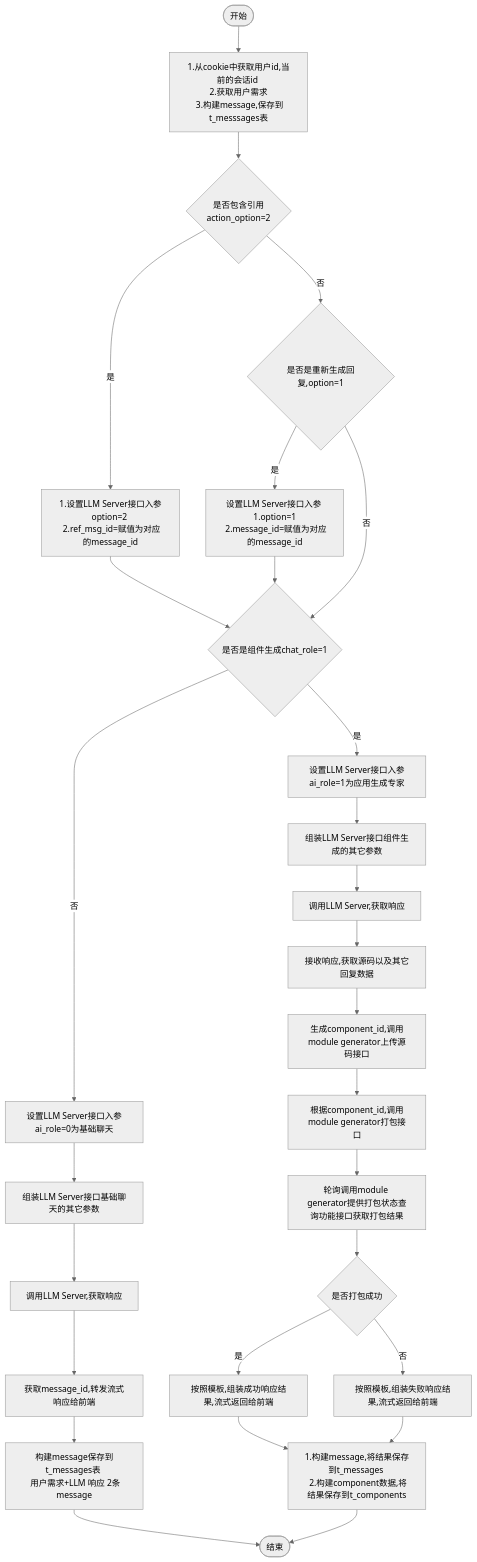
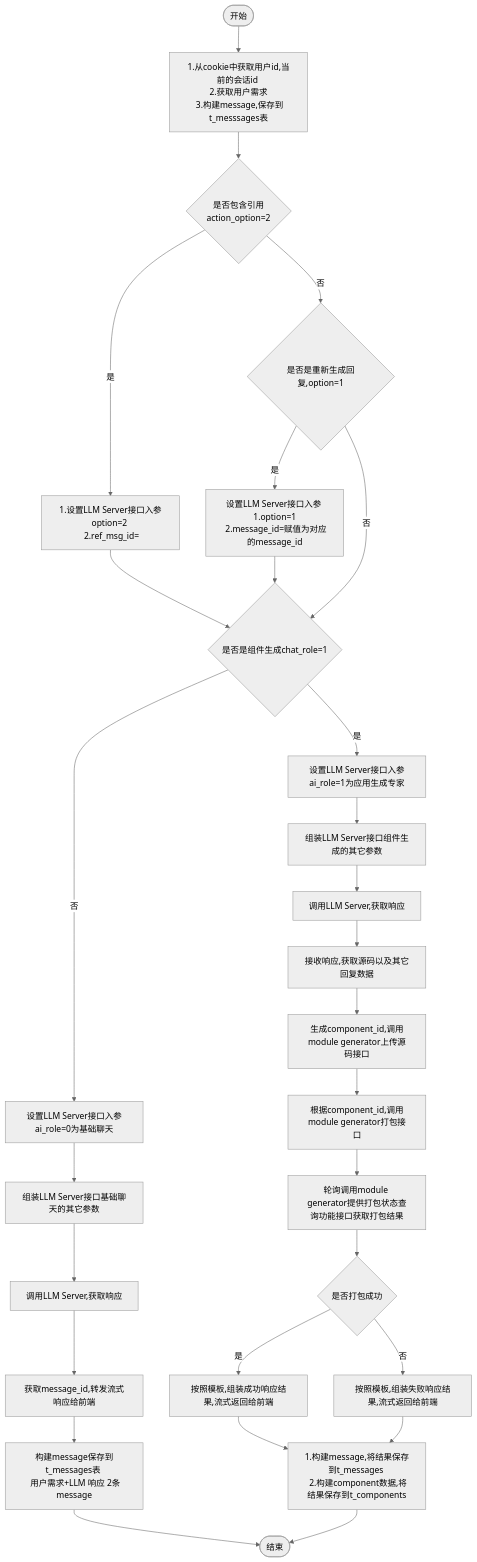
The diagram in all/w3-会话-不需要传递message.md (yingjianzh/iodraw-files), drawn with Mermaid (neutral theme) before and after one commit.

Commit message:
2024-10-15 15:02:32 update

````diff
--- a/all/w3-会话-不需要传递message.md
+++ b/all/w3-会话-不需要传递message.md
@@ -1,34 +1,34 @@
 ```mermaid
 flowchart TD
     A([开始]) --> B[1.从cookie中获取用户id,当前的会话id \n 2.获取用户需求 \n 3.构建message,保存到t_messsages表]
     B--> D{是否包含引用 \n action_option=2}
-    D -- 是 --> E[1.设置LLM Server接口入参option=2 \n 2.ref_msg_id=赋值为对应的message_id]
+    D -- 是 --> E[1.设置LLM Server接口入参option=2 \n 2.ref_msg_id=]
     D -- 否 --> F{是否是重新生成回复,option=1}
     F -- 是 --> G[设置LLM Server接口入参 \n 1.option=1 \n 2.message_id=赋值为对应的message_id]
     F -- 否 --> I
      
     E & G --> I{是否是组件生成chat_role=1}
     I -- 否 --> K[设置LLM Server接口入参ai_role=0为基础聊天]
     I -- 是 --> J[设置LLM Server接口入参ai_role=1为应用生成专家]
     
 
     J --> L[组装LLM Server接口组件生成的其它参数]    
     K --> M[组装LLM Server接口基础聊天的其它参数]    
     M --> N[调用LLM Server,获取响应]    
     N --> O[获取message_id,转发流式响应给前端]
     O --> P[构建message保存到t_messages表 \n 用户需求+LLM 响应 2条message]
     P --> R([结束])
 
 
     L --> S[调用LLM Server,获取响应]
     S --> T[接收响应,获取源码以及其它回复数据]
     T --> U[生成component_id,调用module generator上传源码接口]
     U --> V[根据component_id,调用module generator打包接口]
     V --> W[轮询调用module generator提供打包状态查询功能接口获取打包结果]
     W --> X{是否打包成功}
     X -- 是 --> Y[按照模板,组装成功响应结果,流式返回给前端]
     X -- 否 --> Z[按照模板,组装失败响应结果,流式返回给前端]
 
     Y & Z --> Result[1.构建message,将结果保存到t_messages \n 2.构建component数据,将结果保存到t_components]
     Result --> R
 ```
````
